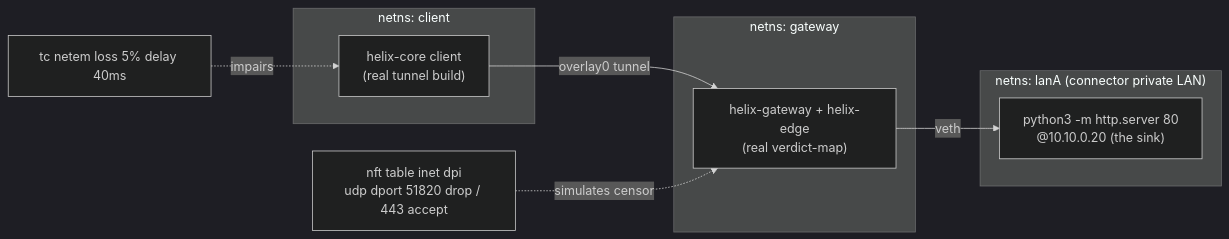
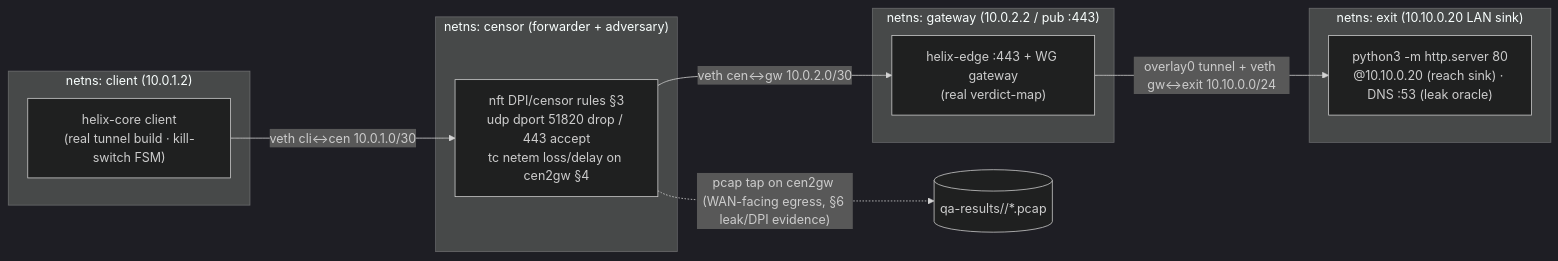
Before and after one commit to HelixDevelopment/helix_vpn: the diagram in docs/research/mvp/final/v08-testing/e2e.md, drawn with Mermaid (dark theme). The commit also changed other lines of this file and 74 other files, not shown here.

````diff
--- a/docs/research/mvp/final/v08-testing/e2e.md
+++ b/docs/research/mvp/final/v08-testing/e2e.md
@@ -63,16 +79,19 @@
 ```mermaid
 graph LR
-  subgraph clientns["netns: client"]
-    C["helix-core client<br/>(real tunnel build)"]
+  subgraph clientns["netns: client (10.0.1.2)"]
+    C["helix-core client<br/>(real tunnel build · kill-switch FSM)"]
   end
-  subgraph gwns["netns: gateway"]
-    G["helix-gateway + helix-edge<br/>(real verdict-map)"]
+  subgraph censorns["netns: censor (forwarder + adversary)"]
+    Z["nft DPI/censor rules §3<br/>udp dport 51820 drop / 443 accept<br/>tc netem loss/delay on cen2gw §4"]
   end
-  subgraph lanA["netns: lanA (connector private LAN)"]
-    S["python3 -m http.server 80<br/>@10.10.0.20 (the sink)"]
+  subgraph gwns["netns: gateway (10.0.2.2 / pub :443)"]
+    G["helix-edge :443 + WG gateway<br/>(real verdict-map)"]
   end
-  C -->|overlay0 tunnel| G
-  G -->|veth| S
-  DPI["nft table inet dpi<br/>udp dport 51820 drop / 443 accept"] -.simulates censor.-> G
-  NETEM["tc netem loss 5% delay 40ms"] -.impairs.-> C
+  subgraph exitns["netns: exit (10.10.0.20 LAN sink)"]
+    S["python3 -m http.server 80<br/>@10.10.0.20 (reach sink) · DNS :53 (leak oracle)"]
+  end
+  C -- "veth cli↔cen 10.0.1.0/30" --> Z
+  Z -- "veth cen↔gw 10.0.2.0/30" --> G
+  G -- "overlay0 tunnel + veth gw↔exit 10.10.0.0/24" --> S
+  Z -. "pcap tap on cen2gw (WAN-facing egress, §6 leak/DPI evidence)" .-> CAP[("qa-results/<run>/*.pcap")]
 ```
````
